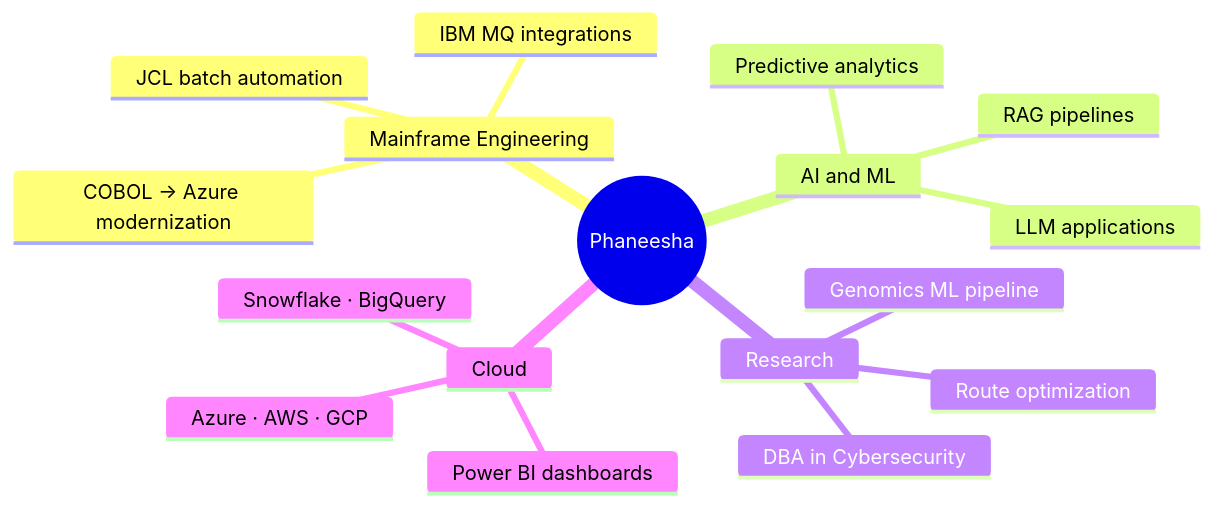
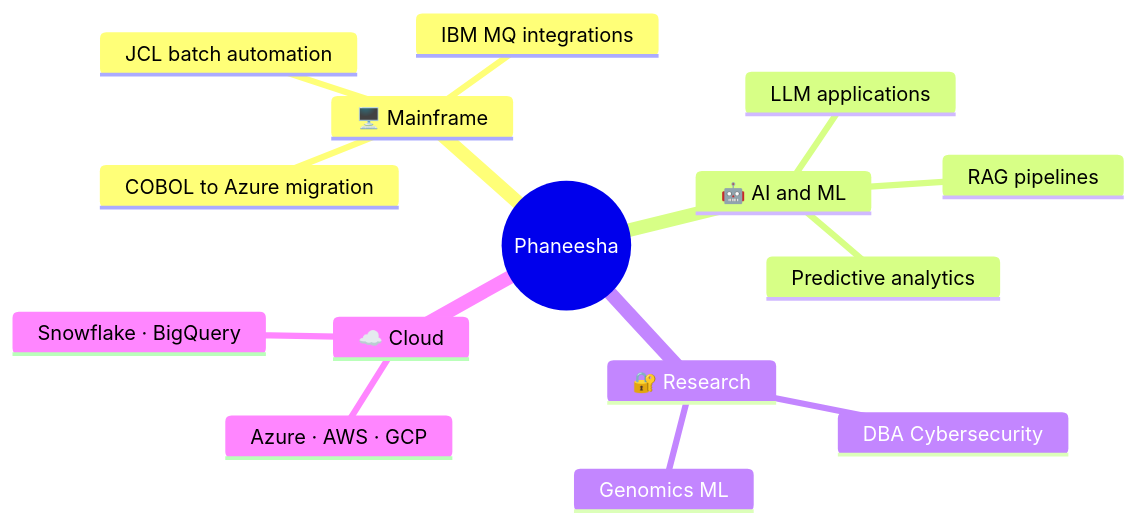
One commit to phanee16/phanee16 changed the diagram in README.md. Above: the diagram before and after it, drawn with Mermaid. The commit also changed other lines of this file, not shown here.

````diff
--- a/README.md
+++ b/README.md
@@ -509,20 +103,18 @@
 ```mermaid
 mindmap
   root((Phaneesha))
-    Mainframe Engineering
-      COBOL → Azure modernization
+    🖥️ Mainframe
+      COBOL to Azure migration
       IBM MQ integrations
       JCL batch automation
-    AI and ML
+    🤖 AI and ML
       LLM applications
       RAG pipelines
       Predictive analytics
-    Research
-      DBA in Cybersecurity
-      Genomics ML pipeline
-      Route optimization
-    Cloud
+    🔐 Research
+      DBA Cybersecurity
+      Genomics ML
+    ☁️ Cloud
       Azure · AWS · GCP
       Snowflake · BigQuery
-      Power BI dashboards
 ```
````
